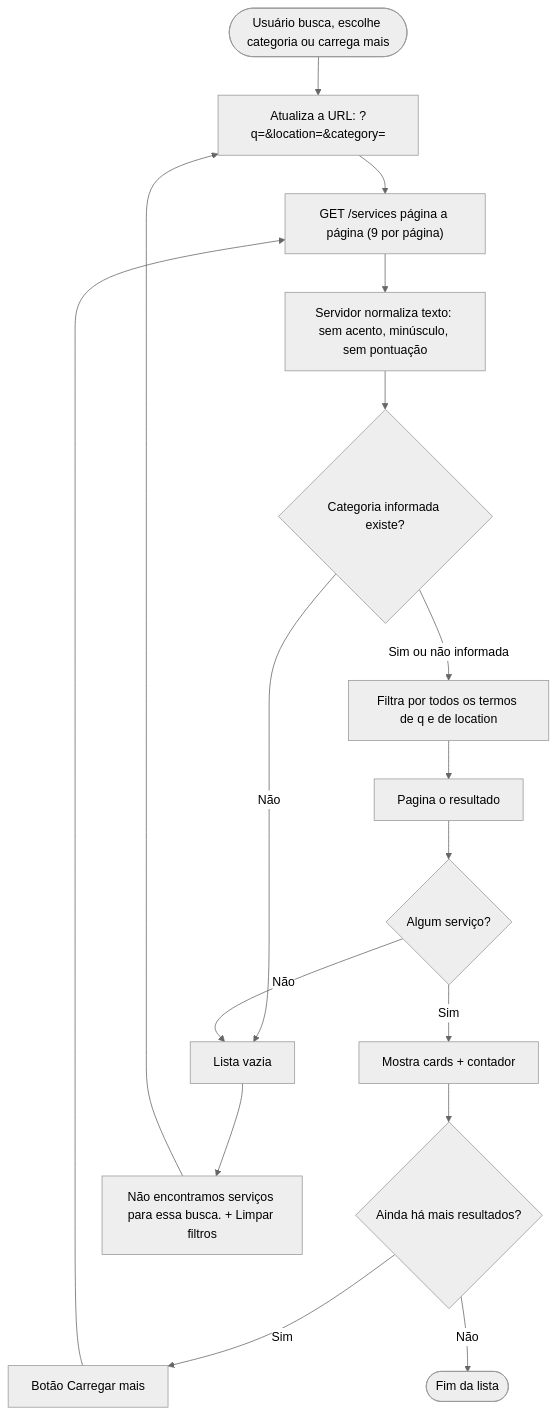
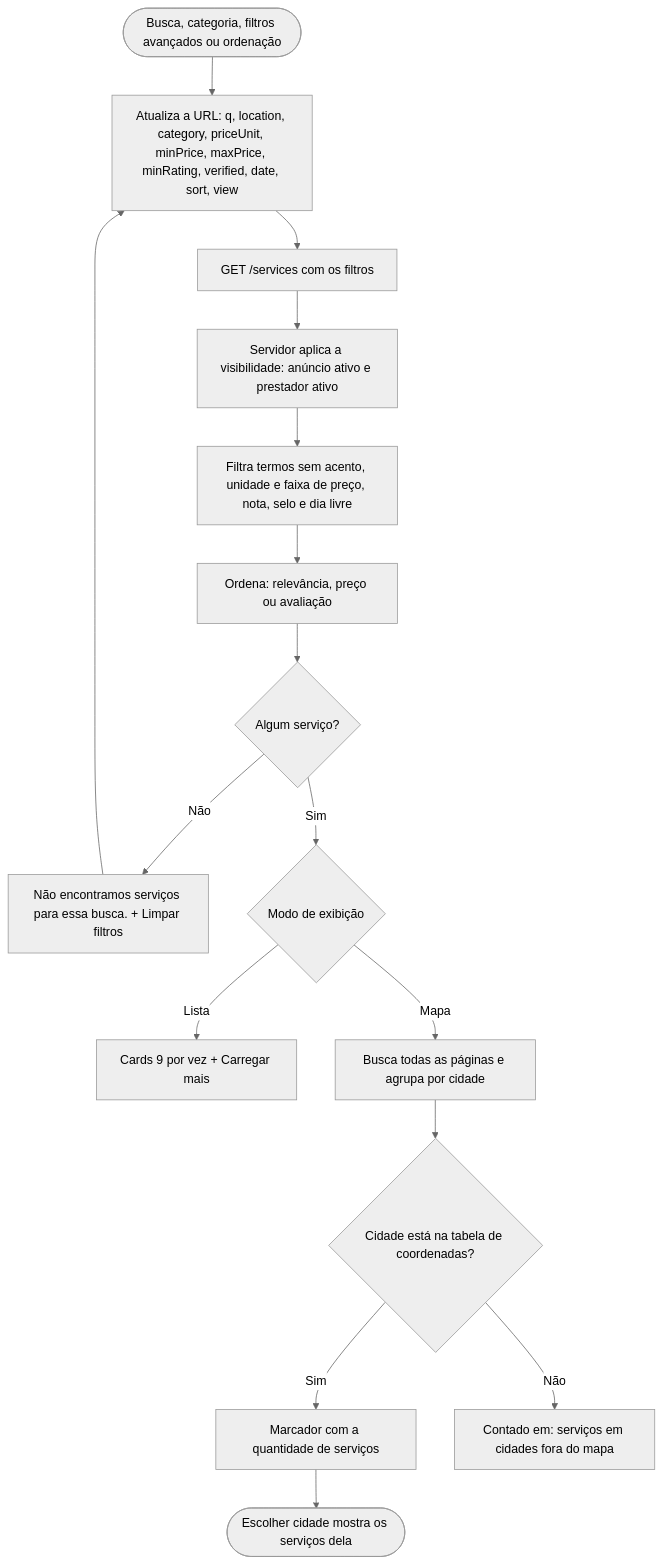
The seventh of 10 diagrams in docs/flowcharts.md (16Jorgecamargo/agroserv), drawn with Mermaid (neutral theme) before and after one commit. The commit also changed other lines of this file and 18 other files, not shown here.

First line of the commit message:
feat(F7-06): final documentation and regenerated flowcharts

````diff
--- a/docs/flowcharts.md
+++ b/docs/flowcharts.md
@@ -230,19 +295,18 @@
 ```mermaid
 flowchart TD
-    input([Usuário busca, escolhe categoria ou carrega mais]) --> url["Atualiza a URL: ?q=&location=&category="]
-    url --> request["GET /services página a página (9 por página)"]
-    request --> normalize["Servidor normaliza texto: sem acento, minúsculo, sem pontuação"]
-    normalize --> category{Categoria informada existe?}
-    category -->|Não| empty[Lista vazia]
-    category -->|Sim ou não informada| filter[Filtra por todos os termos de q e de location]
-    filter --> paginate[Pagina o resultado]
-    paginate --> any{Algum serviço?}
-    any -->|Não| empty
-    any -->|Sim| grid[Mostra cards + contador]
-    grid --> more{Ainda há mais resultados?}
-    more -->|Sim| loadMore[Botão Carregar mais]
-    loadMore --> request
-    more -->|Não| stop([Fim da lista])
-    empty --> clear["Não encontramos serviços para essa busca. + Limpar filtros"]
-    clear --> url
+    input([Busca, categoria, filtros avançados ou ordenação]) --> url["Atualiza a URL: q, location, category, priceUnit, minPrice, maxPrice, minRating, verified, date, sort, view"]
+    url --> request["GET /services com os filtros"]
+    request --> visible["Servidor aplica a visibilidade: anúncio ativo e prestador ativo"]
+    visible --> filter["Filtra termos sem acento, unidade e faixa de preço, nota, selo e dia livre"]
+    filter --> sort["Ordena: relevância, preço ou avaliação"]
+    sort --> any{Algum serviço?}
+    any -->|Não| empty["Não encontramos serviços para essa busca. + Limpar filtros"]
+    empty --> url
+    any -->|Sim| view{Modo de exibição}
+    view -->|Lista| grid["Cards 9 por vez + Carregar mais"]
+    view -->|Mapa| map["Busca todas as páginas e agrupa por cidade"]
+    map --> table{Cidade está na tabela de coordenadas?}
+    table -->|Sim| marker["Marcador com a quantidade de serviços"]
+    table -->|Não| off["Contado em: serviços em cidades fora do mapa"]
+    marker --> pick([Escolher cidade mostra os serviços dela])
 ```
````
